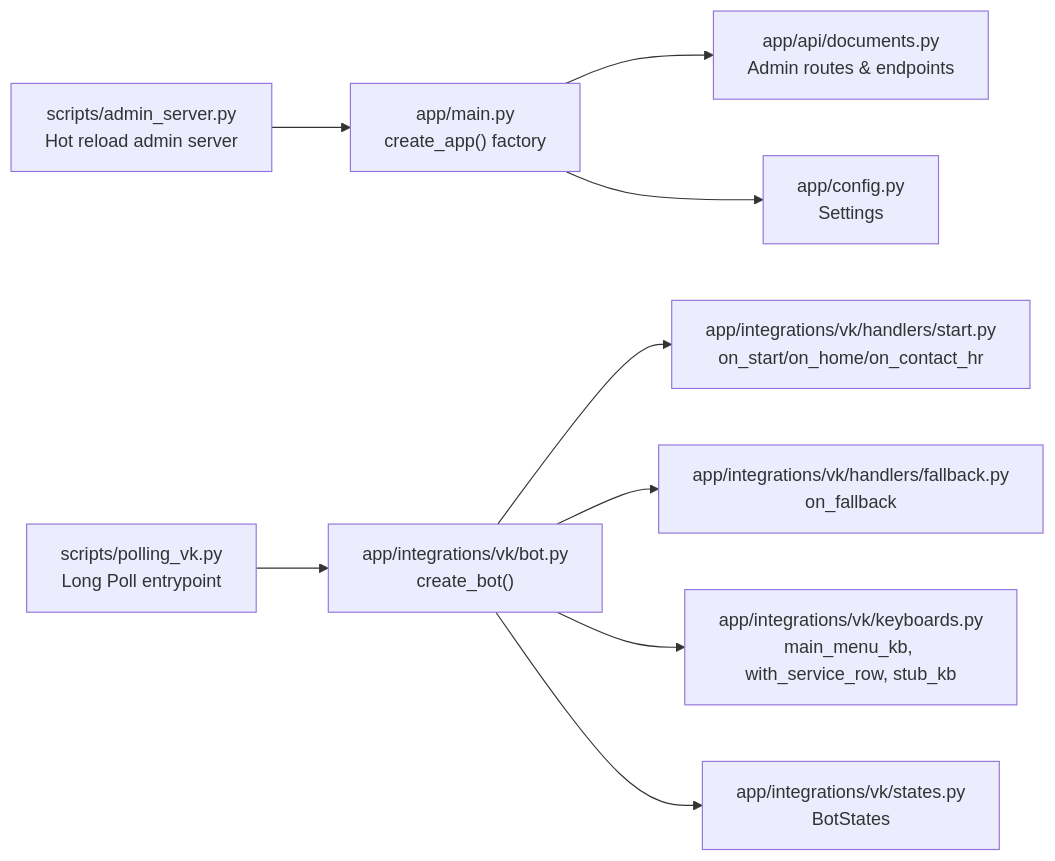
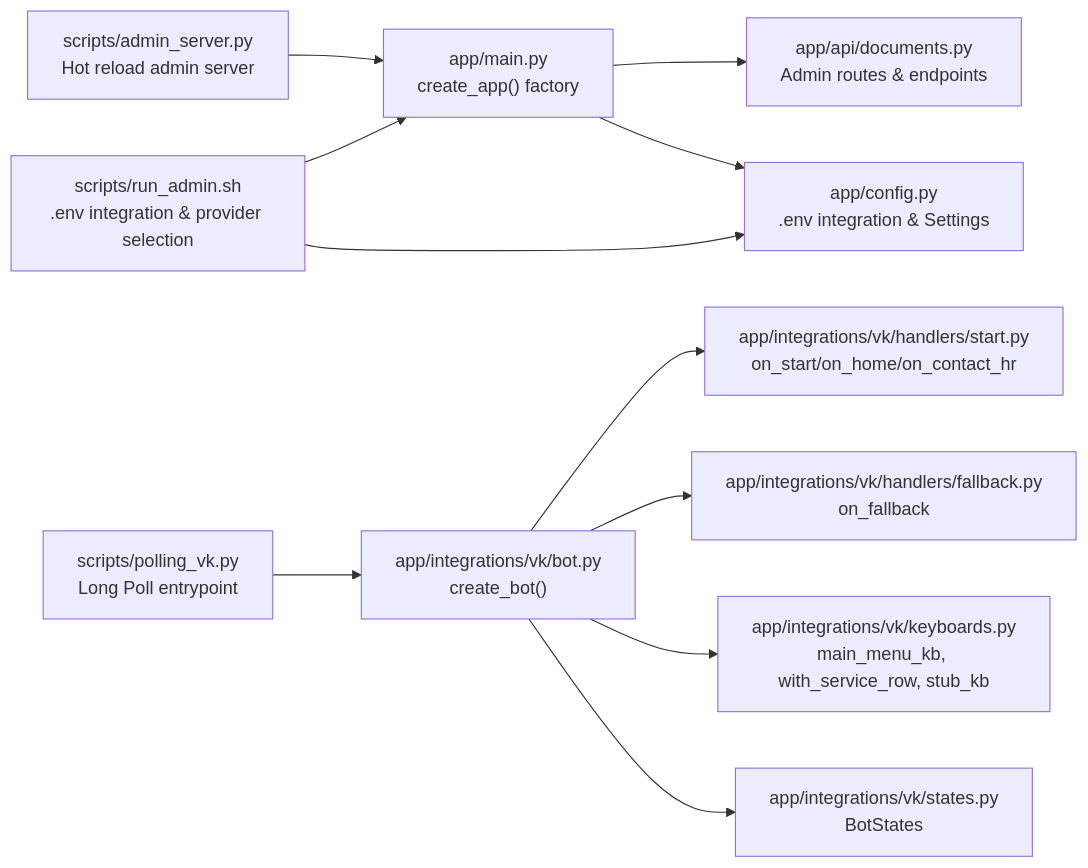
One commit to ognelis/cafetera_hr_bot changed the second of 5 diagrams in .qoder/repowiki/en/content/Development Workflow/Development Workflow.md. Above: the diagram before and after it, drawn with Mermaid. The commit also changed other lines of this file and 2 other files, not shown here.

````diff
--- a/.qoder/repowiki/en/content/Development Workflow/Development Workflow.md
+++ b/.qoder/repowiki/en/content/Development Workflow/Development Workflow.md
@@ -166,11 +174,13 @@
 ```mermaid
 graph LR
 A["scripts/admin_server.py<br/>Hot reload admin server"] --> B["app/main.py<br/>create_app() factory"]
 B --> C["app/api/documents.py<br/>Admin routes & endpoints"]
-B --> D["app/config.py<br/>Settings"]
+B --> D["app/config.py<br/>.env integration & Settings"]
 E["scripts/polling_vk.py<br/>Long Poll entrypoint"] --> F["app/integrations/vk/bot.py<br/>create_bot()"]
 F --> G["app/integrations/vk/handlers/start.py<br/>on_start/on_home/on_contact_hr"]
 F --> H["app/integrations/vk/handlers/fallback.py<br/>on_fallback"]
 F --> I["app/integrations/vk/keyboards.py<br/>main_menu_kb, with_service_row, stub_kb"]
 F --> J["app/integrations/vk/states.py<br/>BotStates"]
+K["scripts/run_admin.sh<br/>.env integration & provider selection"] --> D
+K --> B
 ```
````
